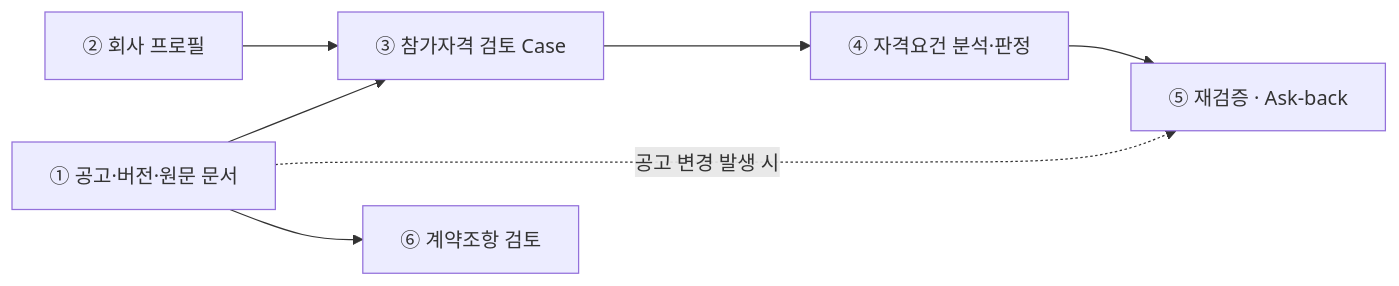
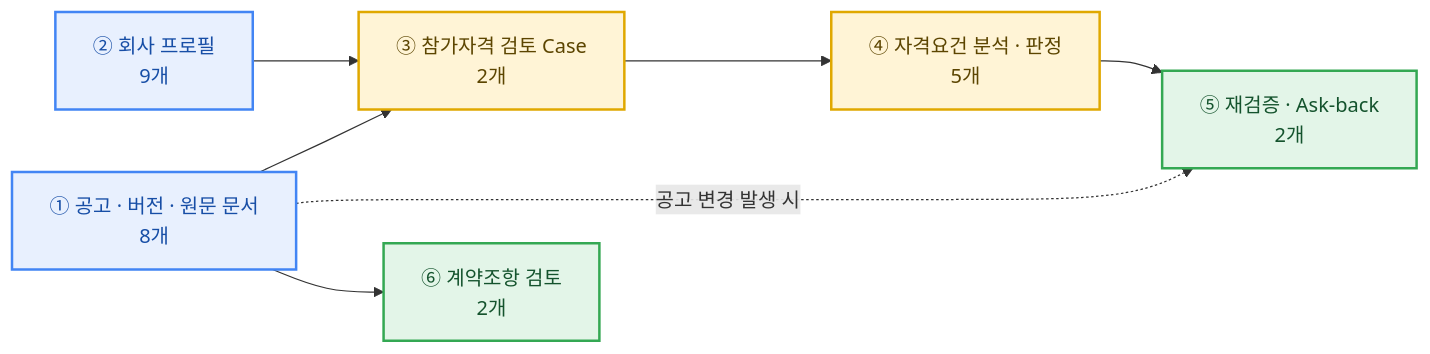
One commit to SKNETWORKS-FAMILY-AICAMP/SKN34-3rd-4Team changed the first of 3 diagrams in README.md. Above: the diagram before and after it, drawn with Mermaid. The commit also changed other lines of this file, not shown here.

First line of the commit message:
docs: README 헤더 중앙 정렬 · 다이어그램 색 구분 추가

````diff
--- a/README.md
+++ b/README.md
@@ -433,9 +438,16 @@
 ```mermaid
 flowchart LR
-    A["① 공고·버전·원문 문서"] --> C["③ 참가자격 검토 Case"]
-    B["② 회사 프로필"] --> C
-    C --> D["④ 자격요건 분석·판정"]
-    D --> E["⑤ 재검증 · Ask-back"]
+    A["① 공고 · 버전 · 원문 문서<br/>8개"] --> C["③ 참가자격 검토 Case<br/>2개"]
+    B["② 회사 프로필<br/>9개"] --> C
+    C --> D["④ 자격요건 분석 · 판정<br/>5개"]
+    D --> E["⑤ 재검증 · Ask-back<br/>2개"]
     A -. "공고 변경 발생 시" .-> E
-    A --> F["⑥ 계약조항 검토"]
+    A --> F["⑥ 계약조항 검토<br/>2개"]
+
+    classDef src fill:#e8f0fe,stroke:#4285f4,stroke-width:2px,color:#174ea6
+    classDef core fill:#fff4d6,stroke:#e0a800,stroke-width:2px,color:#5c4500
+    classDef out fill:#e3f5e8,stroke:#34a853,stroke-width:2px,color:#14532d
+    class A,B src
+    class C,D core
+    class E,F out
 ```
````
